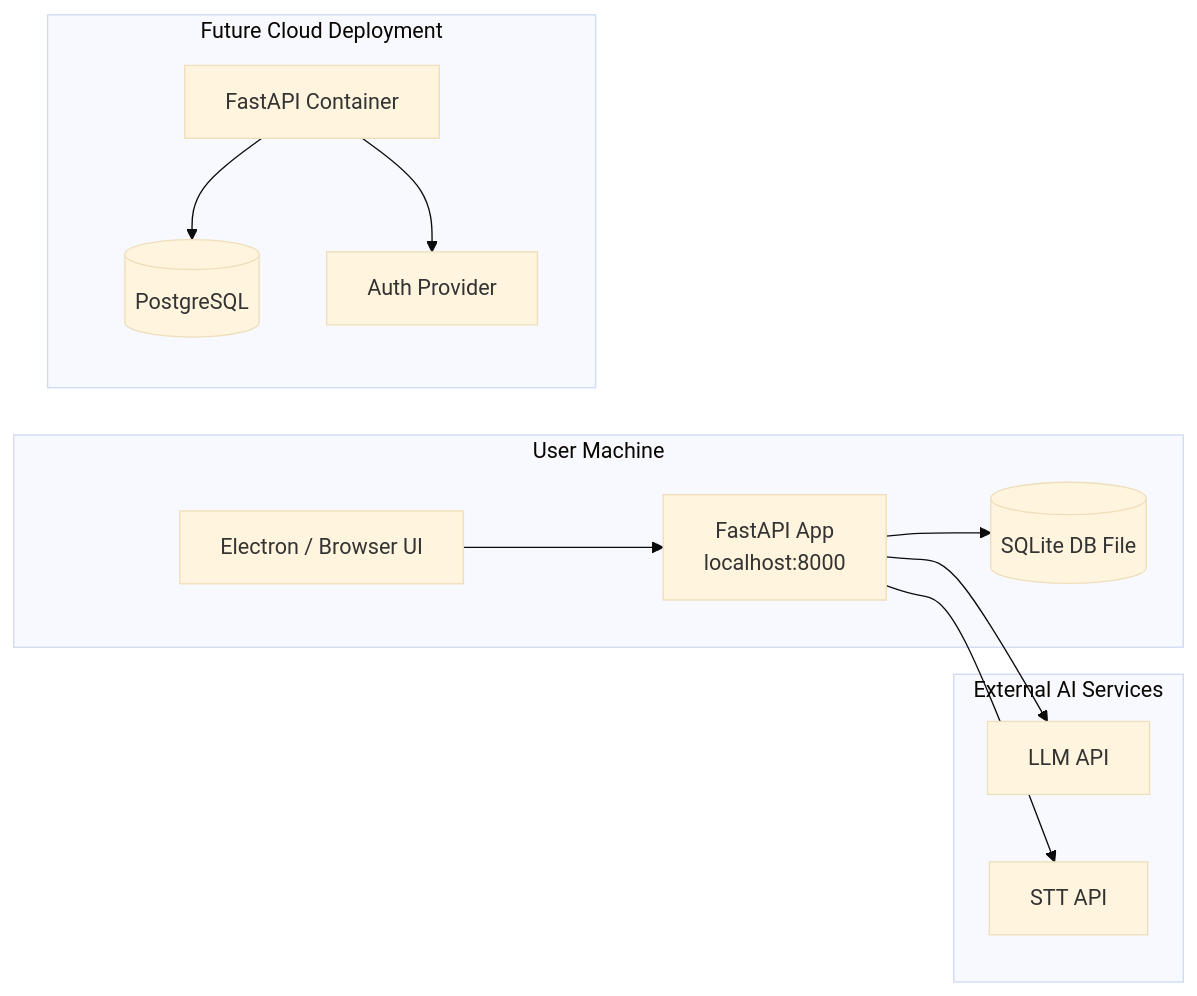
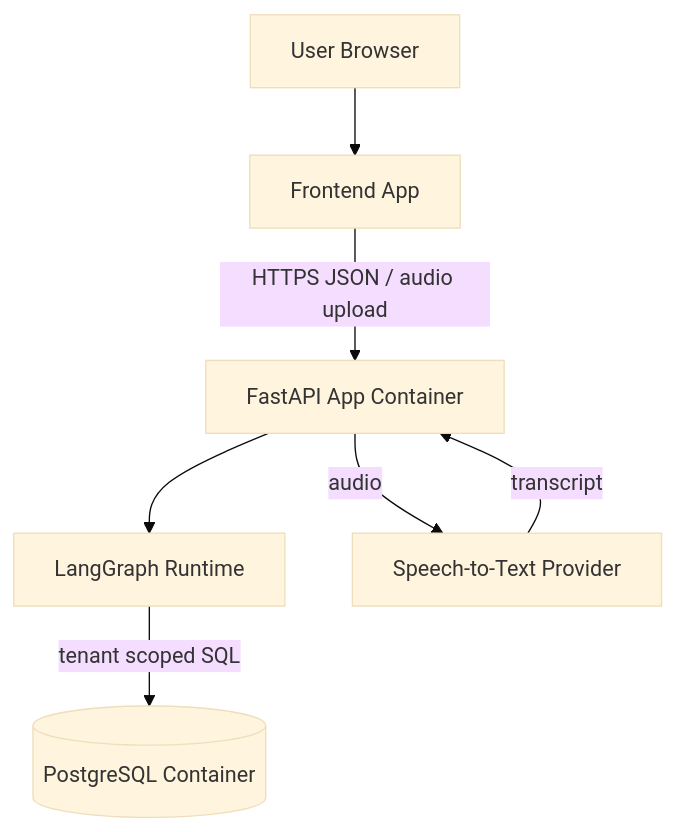
The diagram in diagrams/11_deployment_diagram.mmd (nishathmnha/langgraph-voice-agent), drawn with Mermaid (base theme) before and after one commit. The commit also changed 58 other files, not shown here.

```diff
--- a/diagrams/11_deployment_diagram.mmd
+++ b/diagrams/11_deployment_diagram.mmd
@@ -1,24 +1,14 @@
-flowchart LR
-    subgraph LocalMachine["User Machine"]
-        UI["Electron / Browser UI"]
-        API["FastAPI App<br/>localhost:8000"]
-        SQLite[("SQLite DB File")]
-    end
+flowchart TB
+    Browser["User Browser"]
+    Frontend["Frontend App"]
+    API["FastAPI App Container"]
+    Graph["LangGraph Runtime"]
+    DB[("PostgreSQL Container")]
+    STT["Speech-to-Text Provider"]
 
-    subgraph External["External AI Services"]
-        LLM["LLM API"]
-        STT["STT API"]
-    end
-
-    subgraph FutureCloud["Future Cloud Deployment"]
-        Container["FastAPI Container"]
-        Postgres[("PostgreSQL")]
-        Auth["Auth Provider"]
-    end
-
-    UI --> API
-    API --> SQLite
-    API --> LLM
-    API --> STT
-    Container --> Postgres
-    Container --> Auth
+    Browser --> Frontend
+    Frontend -->|"HTTPS JSON / audio upload"| API
+    API -->|"audio"| STT
+    STT -->|"transcript"| API
+    API --> Graph
+    Graph -->|"tenant scoped SQL"| DB
```
